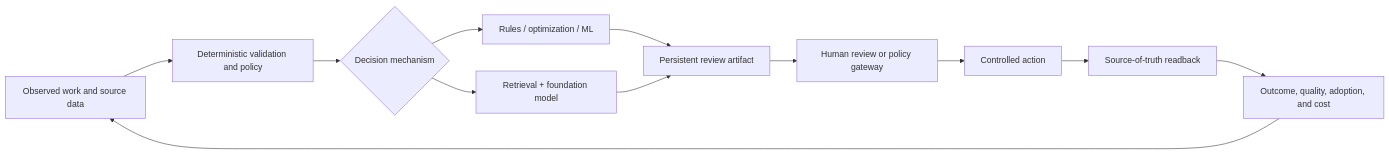
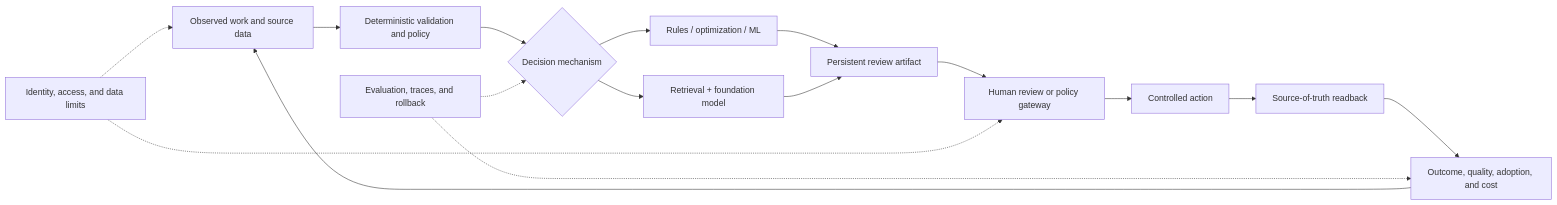
The diagram in plugins/applied-ai-field-guide/guide/library/12-software-architecture-and-intelligence-selection.md (davidahmann/applied-ai-field-guide), drawn with Mermaid before and after one commit. The commit also changed other lines of this file and 28 other files, not shown here.

````diff
--- a/plugins/applied-ai-field-guide/guide/library/12-software-architecture-and-intelligence-selection.md
+++ b/plugins/applied-ai-field-guide/guide/library/12-software-architecture-and-intelligence-selection.md
@@ -68,14 +68,18 @@
 ```mermaid
 flowchart LR
     A["Observed work and source data"] --> B["Deterministic validation and policy"]
     B --> C{"Decision mechanism"}
     C --> D["Rules / optimization / ML"]
     C --> E["Retrieval + foundation model"]
     D --> F["Persistent review artifact"]
     E --> F
     F --> G["Human review or policy gateway"]
     G --> H["Controlled action"]
     H --> I["Source-of-truth readback"]
     I --> J["Outcome, quality, adoption, and cost"]
     J --> A
+    K["Identity, access, and data limits"] -.-> A
+    K -.-> G
+    L["Evaluation, traces, and rollback"] -.-> C
+    L -.-> J
 ```
````
